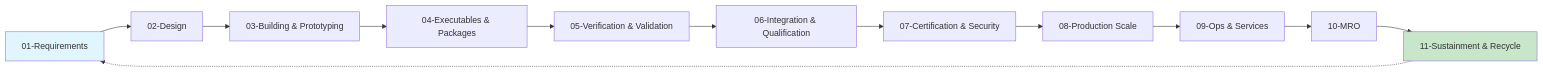
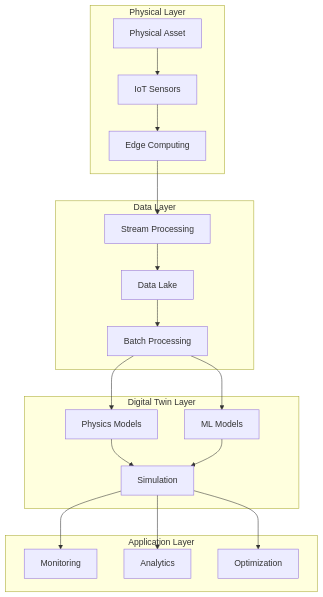
Before and after one commit to Robbbo-T/AMEDEO-P-AEROSPACE-DEFENSE-AND-GROUND-SYSTEMS: the third of 3 diagrams in README.md, drawn with Mermaid. The commit also changed other lines of this file, not shown here.

````diff
--- a/README.md
+++ b/README.md
@@ -78,17 +571,39 @@
 ```mermaid
-graph LR
-    A[01-Requirements] --> B[02-Design]
-    B --> C[03-Building & Prototyping]
-    C --> D[04-Executables & Packages]
-    D --> E[05-Verification & Validation]
-    E --> F[06-Integration & Qualification]
-    F --> G[07-Certification & Security]
-    G --> H[08-Production Scale]
-    H --> I[09-Ops & Services]
-    I --> J[10-MRO]
-    J --> K[11-Sustainment & Recycle]
-    K -.-> A
+graph TB
+    subgraph "Physical Layer"
+        A[Physical Asset]
+        B[IoT Sensors]
+        C[Edge Computing]
+    end
     
-    style A fill:#e1f5fe
-    style K fill:#c8e6c9
+    subgraph "Data Layer"
+        D[Data Lake]
+        E[Stream Processing]
+        F[Batch Processing]
+    end
+    
+    subgraph "Digital Twin Layer"
+        G[Physics Models]
+        H[ML Models]
+        I[Simulation]
+    end
+    
+    subgraph "Application Layer"
+        J[Monitoring]
+        K[Analytics]
+        L[Optimization]
+    end
+    
+    A --> B
+    B --> C
+    C --> E
+    E --> D
+    D --> F
+    F --> G
+    F --> H
+    G --> I
+    H --> I
+    I --> J
+    I --> K
+    I --> L
 ```
````
